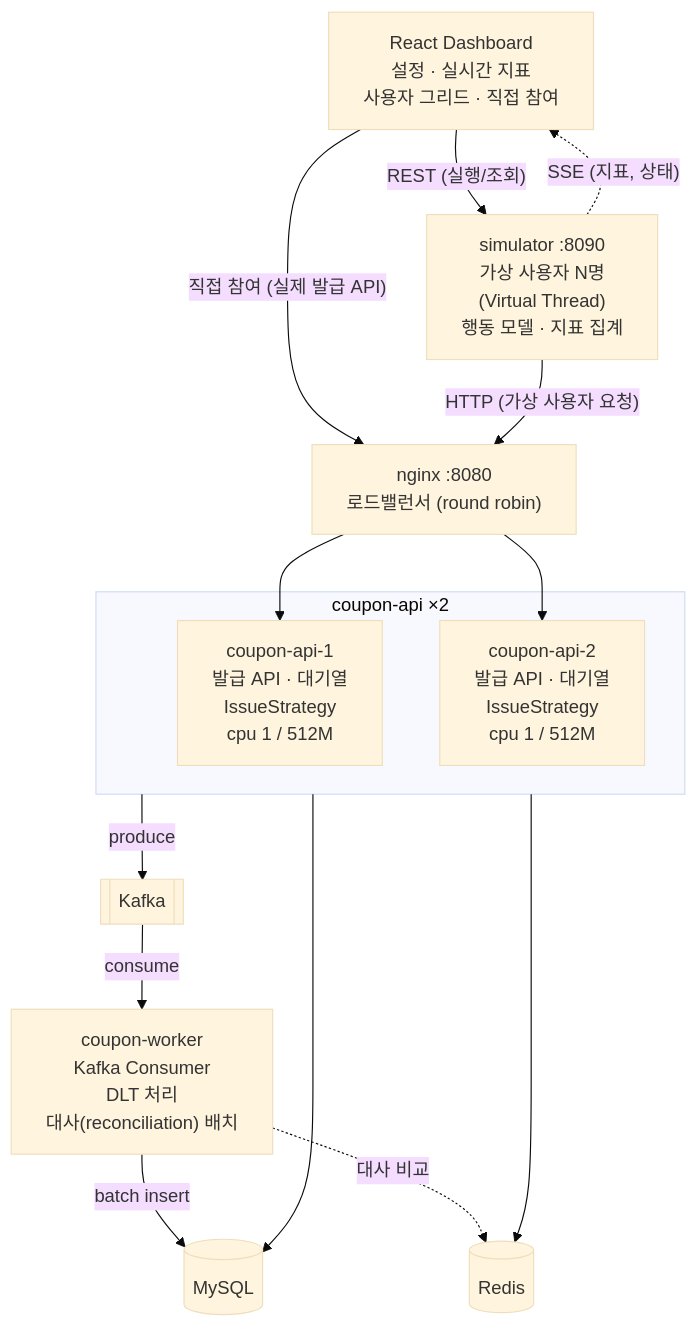
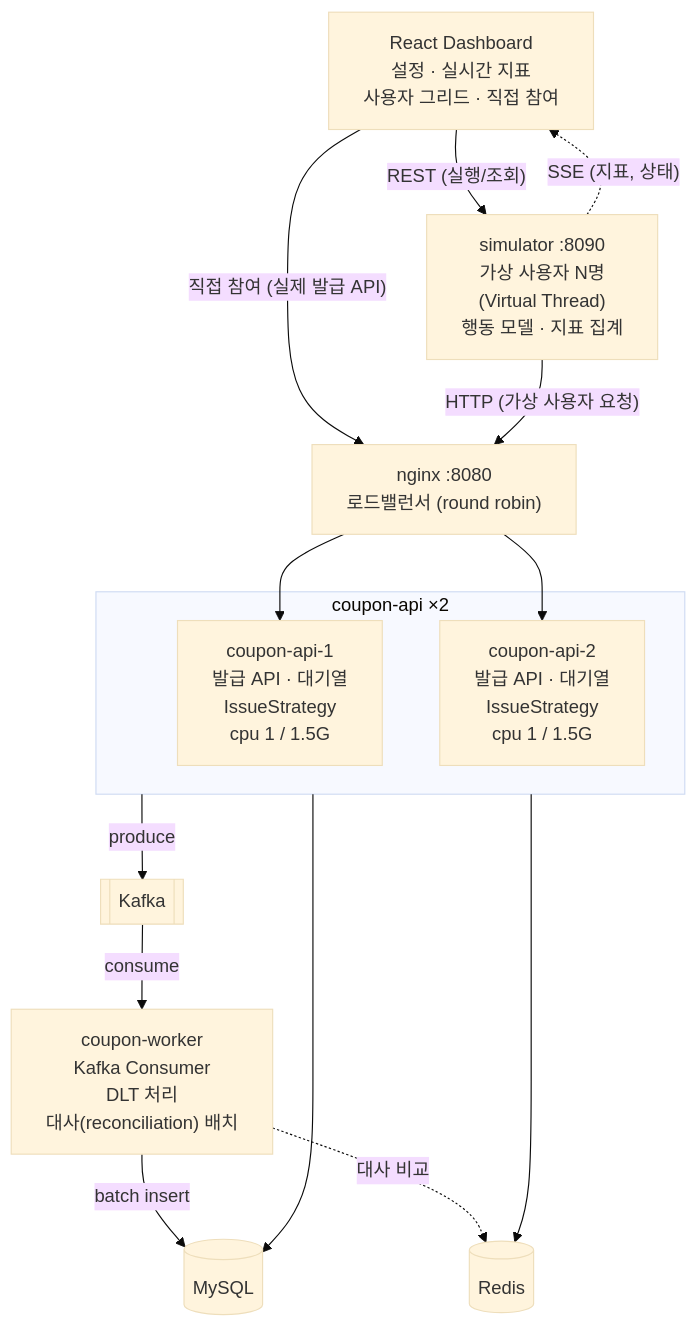
Before and after one commit to skwzz/fcfs-coupon-simulator: the first of 2 diagrams in docs/02-architecture.md, drawn with Mermaid (base theme). The commit also changed other lines of this file and 43 other files, not shown here.

First line of the commit message:
feat(coupon-api): Phase 5 대기열과 순번 알림

````diff
--- a/docs/02-architecture.md
+++ b/docs/02-architecture.md
@@ -29,29 +29,29 @@
 ```mermaid
 flowchart TB
     dashboard["React Dashboard<br/>설정 · 실시간 지표<br/>사용자 그리드 · 직접 참여"]
     simulator["simulator :8090<br/>가상 사용자 N명<br/>(Virtual Thread)<br/>행동 모델 · 지표 집계"]
     nginx["nginx :8080<br/>로드밸런서 (round robin)"]
 
     subgraph apis["coupon-api ×2"]
-        api1["coupon-api-1<br/>발급 API · 대기열<br/>IssueStrategy<br/>cpu 1 / 512M"]
-        api2["coupon-api-2<br/>발급 API · 대기열<br/>IssueStrategy<br/>cpu 1 / 512M"]
+        api1["coupon-api-1<br/>발급 API · 대기열<br/>IssueStrategy<br/>cpu 1 / 1.5G"]
+        api2["coupon-api-2<br/>발급 API · 대기열<br/>IssueStrategy<br/>cpu 1 / 1.5G"]
     end
 
     mysql[("MySQL")]
     redis[("Redis")]
     kafka[["Kafka"]]
     worker["coupon-worker<br/>Kafka Consumer<br/>DLT 처리<br/>대사(reconciliation) 배치"]
 
     dashboard -- "REST (실행/조회)" --> simulator
     simulator -. "SSE (지표, 상태)" .-> dashboard
     dashboard -- "직접 참여 (실제 발급 API)" --> nginx
     simulator -- "HTTP (가상 사용자 요청)" --> nginx
     nginx --> api1
     nginx --> api2
     apis --> mysql
     apis --> redis
     apis -- "produce" --> kafka
     kafka -- "consume" --> worker
     worker -- "batch insert" --> mysql
     worker -. "대사 비교" .-> redis
 ```
````
